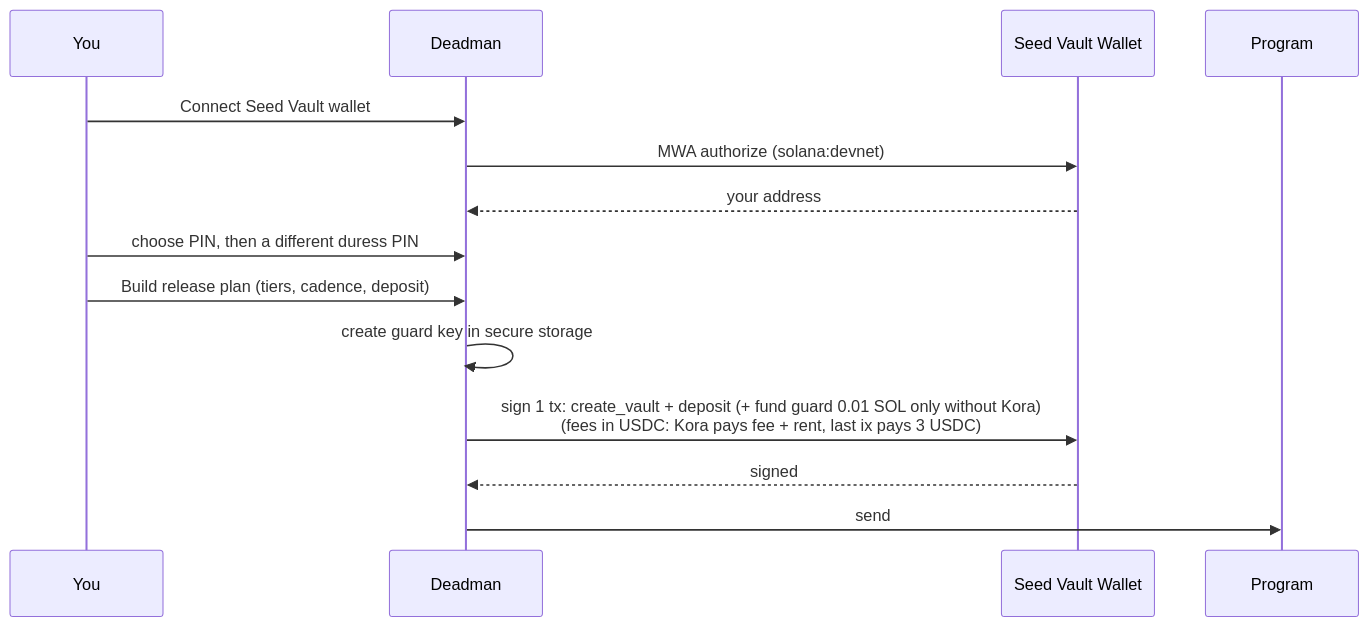
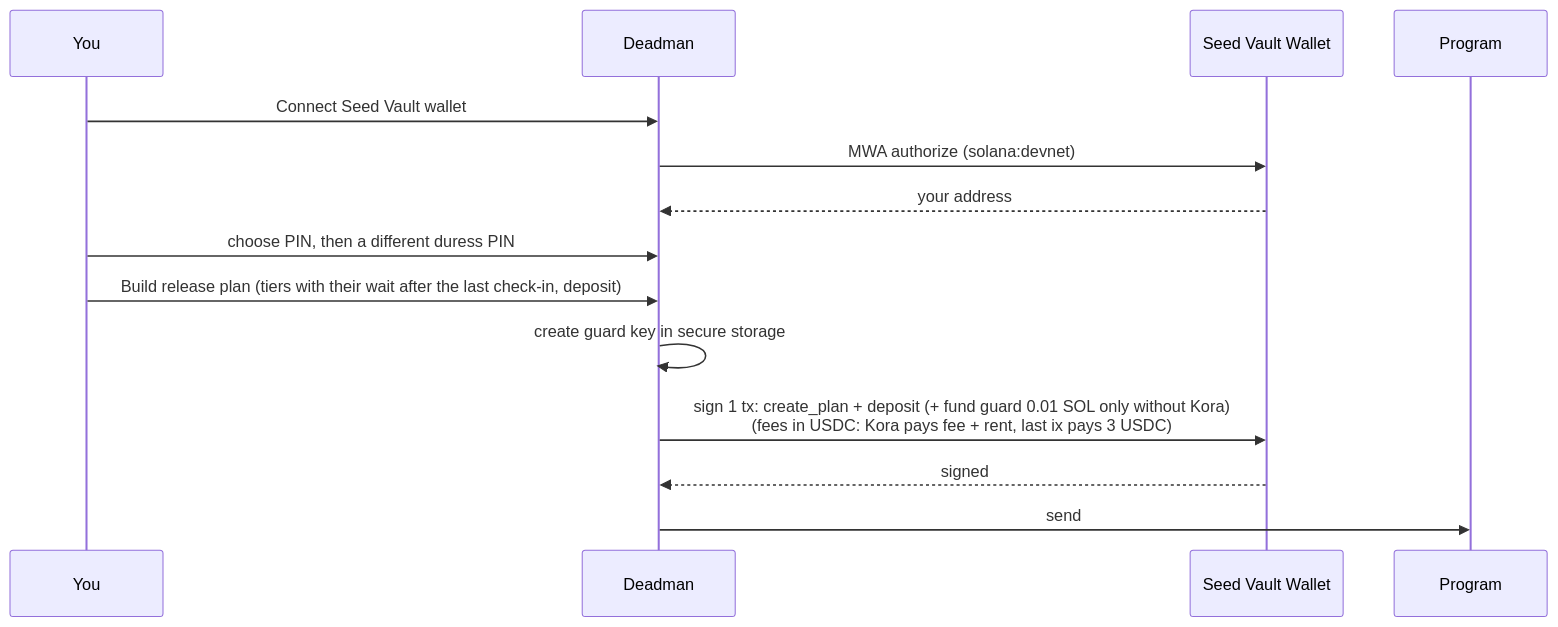
Before and after one commit to GabrielNeugebauer/deadman: the second of 3 diagrams in docs/HOW_IT_WORKS.md, drawn with Mermaid. The commit also changed other lines of this file and 436 other files, not shown here.

````diff
--- a/docs/HOW_IT_WORKS.md
+++ b/docs/HOW_IT_WORKS.md
@@ -200,16 +200,16 @@
 ```mermaid
 sequenceDiagram
   participant U as You
   participant A as Deadman
   participant W as Seed Vault Wallet
   participant P as Program
   U->>A: Connect Seed Vault wallet
   A->>W: MWA authorize (solana:devnet)
   W-->>A: your address
   U->>A: choose PIN, then a different duress PIN
-  U->>A: Build release plan (tiers, cadence, deposit)
+  U->>A: Build release plan (tiers with their wait after the last check-in, deposit)
   A->>A: create guard key in secure storage
-  A->>W: sign 1 tx: create_vault + deposit (+ fund guard 0.01 SOL only without Kora)<br/>(fees in USDC: Kora pays fee + rent, last ix pays 3 USDC)
+  A->>W: sign 1 tx: create_plan + deposit (+ fund guard 0.01 SOL only without Kora)<br/>(fees in USDC: Kora pays fee + rent, last ix pays 3 USDC)
   W-->>A: signed
   A->>P: send
 ```
````
